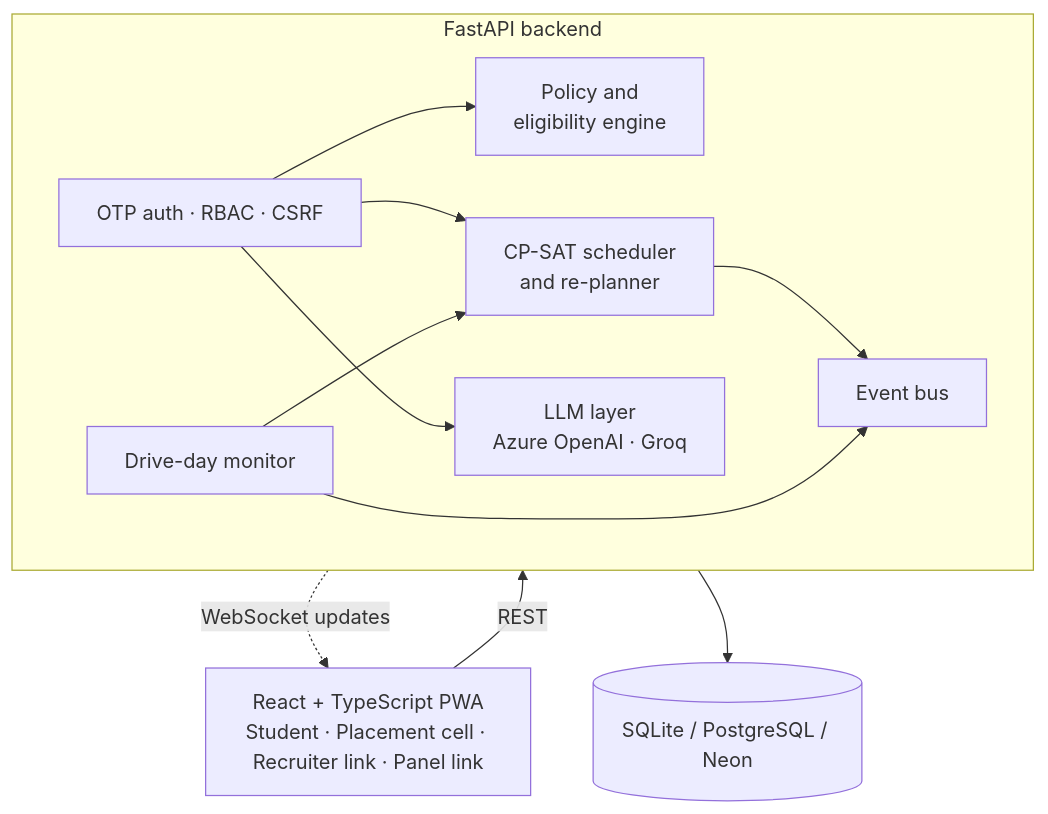
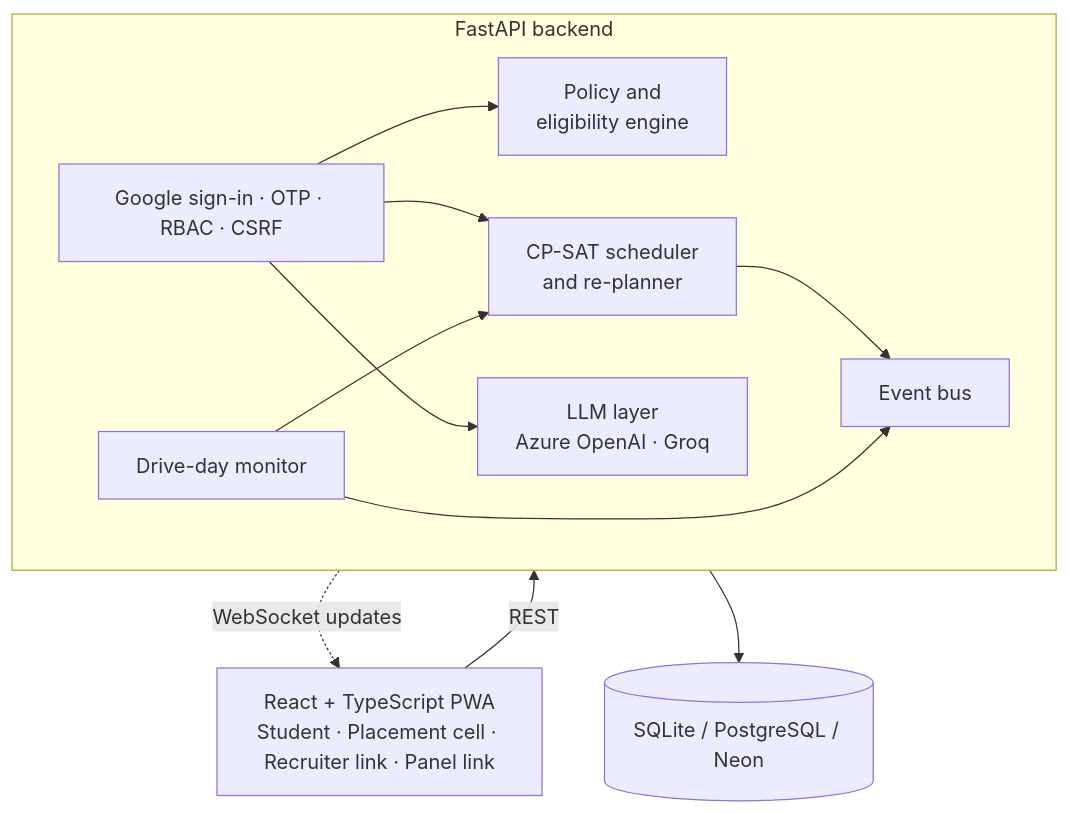
Before and after one commit to eashaanmano/HireFlo: the diagram in README.md, drawn with Mermaid. The commit also changed other lines of this file and 5 other files, not shown here.

Commit message:
Document Google sign-in and the NITC-only rule for local runs and Render

````diff
--- a/README.md
+++ b/README.md
@@ -83,23 +83,23 @@
 ```mermaid
 flowchart TB
   Clients["React + TypeScript PWA<br/>Student · Placement cell · Recruiter link · Panel link"]
   subgraph API["FastAPI backend"]
     direction LR
-    AUTH["OTP auth · RBAC · CSRF"]
+    AUTH["Google sign-in · OTP · RBAC · CSRF"]
     POL["Policy and<br/>eligibility engine"]
     SCH["CP-SAT scheduler<br/>and re-planner"]
     LIVE["Drive-day monitor"]
     AI["LLM layer<br/>Azure OpenAI · Groq"]
     BUS["Event bus"]
   end
   DB[("SQLite / PostgreSQL / Neon")]
   Clients -- "REST" --> AUTH
   BUS -. "WebSocket updates" .-> Clients
   AUTH --> POL
   AUTH --> SCH
   AUTH --> AI
   LIVE --> SCH
   SCH --> BUS
   LIVE --> BUS
   API --> DB
 ```
````
